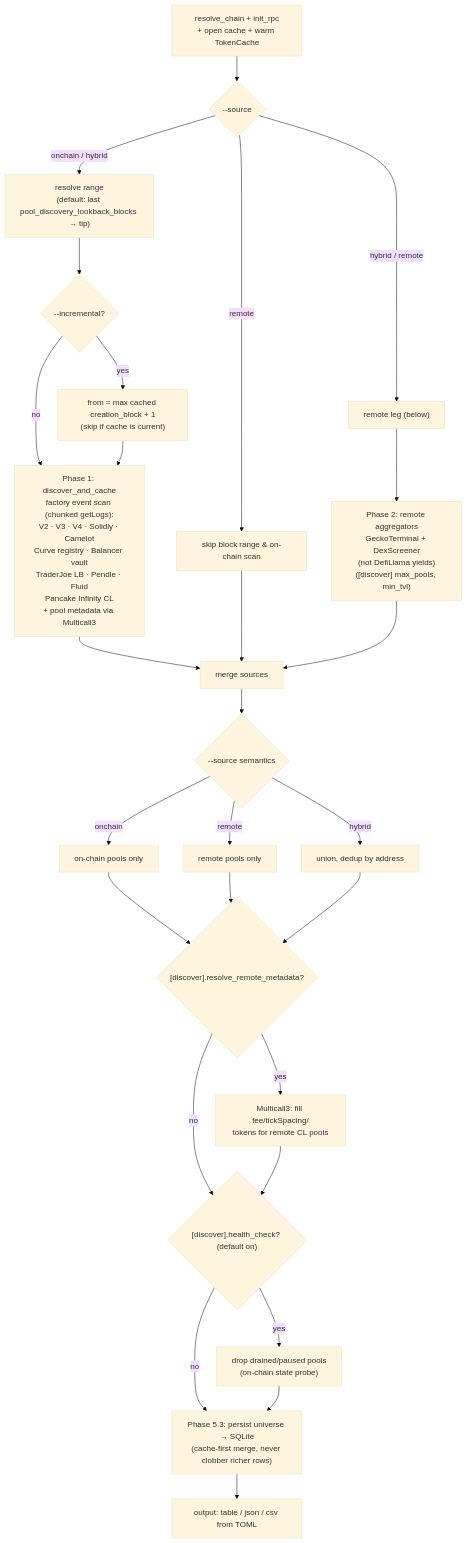
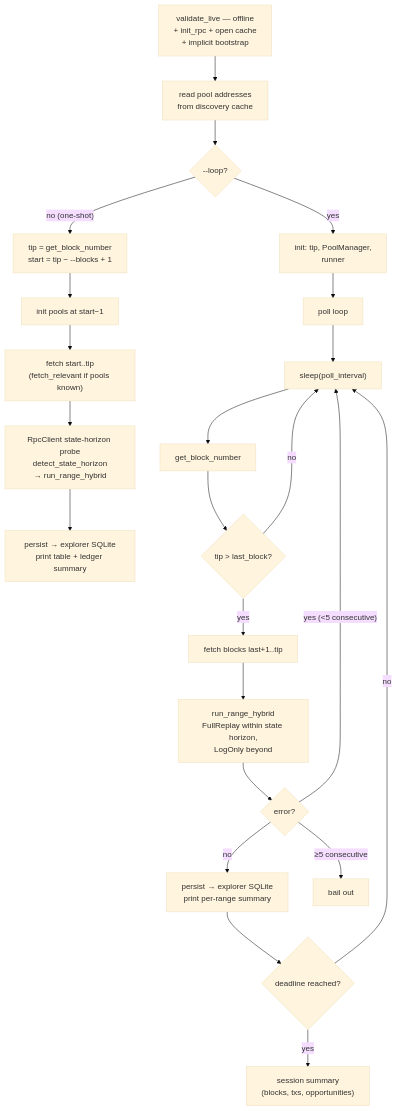
The fifth of 11 diagrams in docs/ARCHITECTURE.md (moha-moradi/mev-scout), drawn with Mermaid (base theme) before and after one commit. The commit also changed other lines of this file and 21 other files, not shown here.

````diff
--- a/docs/ARCHITECTURE.md
+++ b/docs/ARCHITECTURE.md
@@ -247,30 +317,25 @@
 ```mermaid
 flowchart TB
-    A["resolve_chain + init_rpc<br/>+ open cache + warm TokenCache"] --> B{"--source"}
-    B -- "remote" --> R["skip block range & on-chain scan"]
-    B -- "onchain / hybrid" --> C["resolve range<br/>(default: last pool_discovery_lookback_blocks → tip)"]
-    B -- "hybrid / remote" --> R2["remote leg (below)"]
-    C --> D{"--incremental?"}
-    D -- yes --> E["from = max cached creation_block + 1<br/>(skip if cache is current)"]
-    D -- no --> F
-    E --> F["Phase 1: discover_and_cache<br/>factory event scan (chunked getLogs):<br/>V2 · V3 · V4 · Solidly · Camelot<br/>Curve registry · Balancer vault<br/>TraderJoe LB · Pendle · Fluid<br/>Pancake Infinity CL<br/>+ pool metadata via Multicall3"]
-    F --> G
-    R --> G["merge sources"]
-    R2 --> H["Phase 2: remote aggregators<br/>GeckoTerminal + DexScreener<br/>(not DefiLlama yields)<br/>([discover] max_pools, min_tvl)"]
-    H --> G
-    G --> I{"--source semantics"}
-    I -- onchain --> J["on-chain pools only"]
-    I -- remote --> K["remote pools only"]
-    I -- hybrid --> L["union, dedup by address"]
-    J --> M
-    K --> M
-    L --> M
-    M{"[discover].resolve_remote_metadata?"}
-    M -- yes --> N["Multicall3: fill fee/tickSpacing/<br/>tokens for remote CL pools"]
-    M -- no --> O
-    N --> O{"[discover].health_check? (default on)"}
-    O -- yes --> P["drop drained/paused pools<br/>(on-chain state probe)"]
-    O -- no --> Q
-    P --> Q["Phase 5.3: persist universe → SQLite<br/>(cache-first merge, never clobber richer rows)"]
-    Q --> T["output: table / json / csv from TOML"]
+    A["validate_live — offline<br/>+ init_rpc + open cache<br/>+ implicit bootstrap"] --> B["read pool addresses<br/>from discovery cache"]
+    B --> C{"--loop?"}
+    C -- "no (one-shot)" --> D["tip = get_block_number<br/>start = tip − --blocks + 1"]
+    C -- "yes" --> E["init: tip, PoolManager,<br/>runner"]
+    D --> F["init pools at start−1"]
+    F --> G["fetch start..tip<br/>(fetch_relevant if pools known)"]
+    G --> H["RpcClient state-horizon probe<br/>detect_state_horizon<br/>→ run_range_hybrid"]
+    H --> I["persist → explorer SQLite<br/>print table + ledger summary"]
+    E --> J["poll loop"]
+    J --> K["sleep(poll_interval)"]
+    K --> L["get_block_number"]
+    L --> M{"tip > last_block?"}
+    M -- no --> K
+    M -- yes --> N["fetch blocks last+1..tip"]
+    N --> O["run_range_hybrid<br/>FullReplay within state horizon,<br/>LogOnly beyond"]
+    O --> P{"error?"}
+    P -- "yes (<5 consecutive)" --> K
+    P -- no --> Q["persist → explorer SQLite<br/>print per-range summary"]
+    Q --> R{"deadline reached?"}
+    R -- no --> K
+    R -- yes --> S["session summary<br/>(blocks, txs, opportunities)"]
+    P -- "≥5 consecutive" --> T["bail out"]
 ```
````
